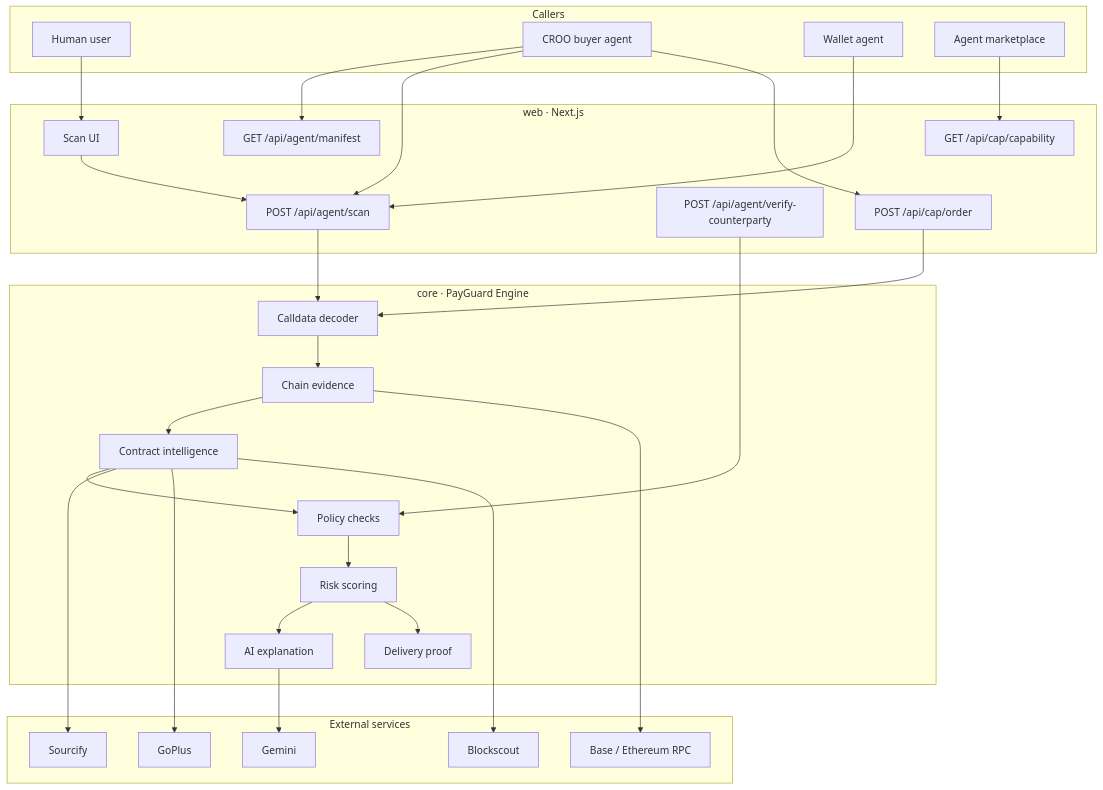
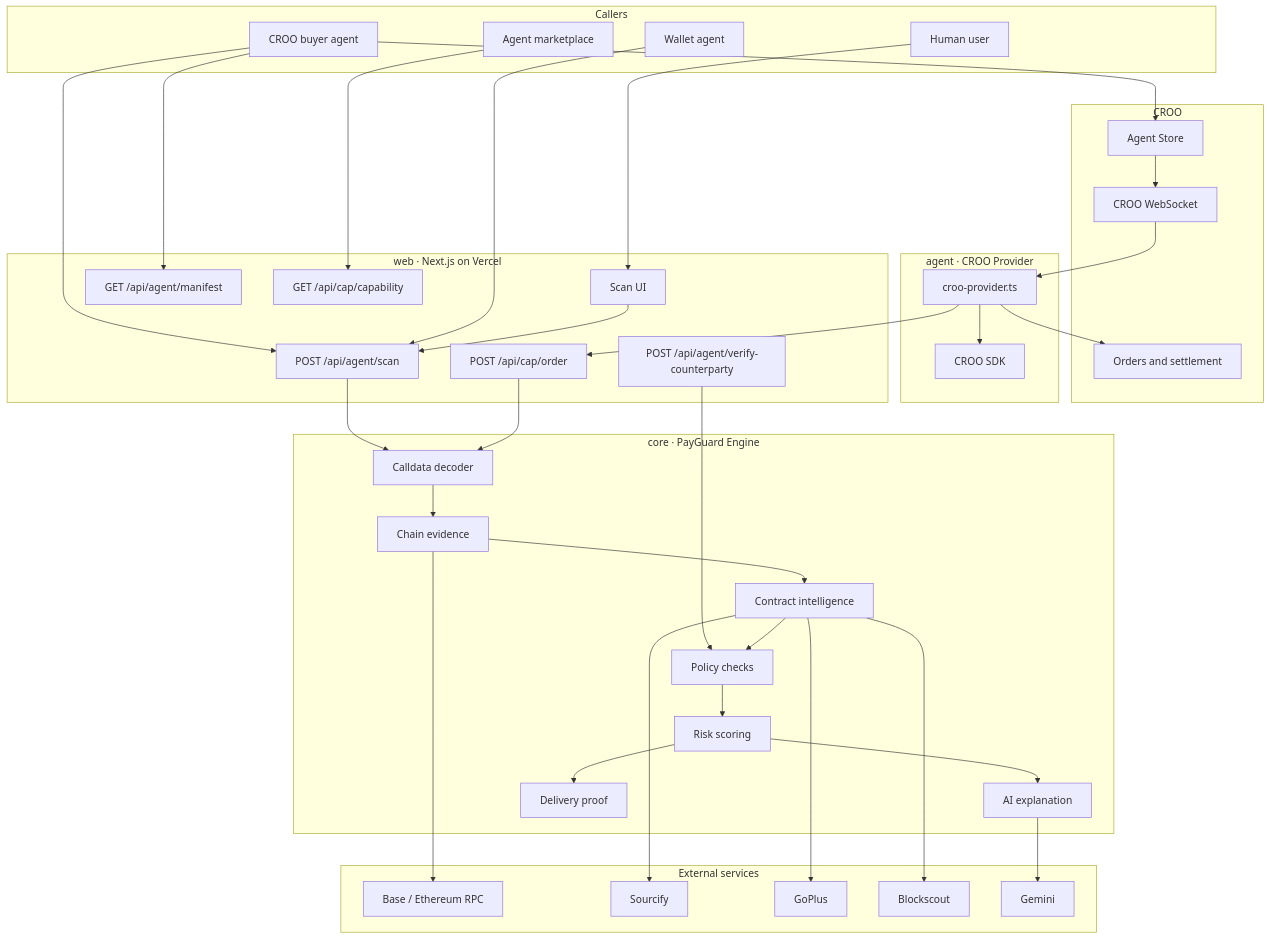
Before and after one commit to Adeel91/payguard: the diagram in README.md, drawn with Mermaid. The commit also changed other lines of this file and 3 other files, not shown here.

Commit message:
feat: add CROO provider integration

````diff
--- a/README.md
+++ b/README.md
@@ -352,61 +478,78 @@
 ```mermaid
 graph TD
     subgraph Callers["Callers"]
         HUMAN["Human user"]
         BUYER["CROO buyer agent"]
         WALLET["Wallet agent"]
         MARKET["Agent marketplace"]
     end
 
-    subgraph Web["web · Next.js"]
+    subgraph CROO["CROO"]
+        STORE["Agent Store"]
+        WS["CROO WebSocket"]
+        ORDERBOOK["Orders and settlement"]
+    end
+
+    subgraph Provider["agent · CROO Provider"]
+        WORKER["croo-provider.ts"]
+        SDK["CROO SDK"]
+    end
+
+    subgraph Web["web · Next.js on Vercel"]
         UI["Scan UI"]
         MANIFEST["GET /api/agent/manifest"]
         SCAN["POST /api/agent/scan"]
         VERIFY["POST /api/agent/verify-counterparty"]
         CAPABILITY["GET /api/cap/capability"]
         ORDER["POST /api/cap/order"]
     end
 
     subgraph Core["core · PayGuard Engine"]
         DECODER["Calldata decoder"]
         EVIDENCE["Chain evidence"]
         CONTRACT["Contract intelligence"]
         POLICY["Policy checks"]
         SCORE["Risk scoring"]
         AI["AI explanation"]
         PROOF["Delivery proof"]
     end
 
     subgraph External["External services"]
         RPC["Base / Ethereum RPC"]
         SOURCIFY["Sourcify"]
         GOPLUS["GoPlus"]
         BLOCKSCOUT["Blockscout"]
         GEMINI["Gemini"]
     end
 
     HUMAN --> UI
+    BUYER --> STORE
+    STORE --> WS
+    WS --> WORKER
+    WORKER --> SDK
+    WORKER --> ORDER
     BUYER --> MANIFEST
     BUYER --> SCAN
-    BUYER --> ORDER
     WALLET --> SCAN
     MARKET --> CAPABILITY
 
     UI --> SCAN
     SCAN --> DECODER
     ORDER --> DECODER
     VERIFY --> POLICY
 
     DECODER --> EVIDENCE
     EVIDENCE --> CONTRACT
     CONTRACT --> POLICY
     POLICY --> SCORE
     SCORE --> AI
     SCORE --> PROOF
 
     EVIDENCE --> RPC
     CONTRACT --> SOURCIFY
     CONTRACT --> GOPLUS
     CONTRACT --> BLOCKSCOUT
     AI --> GEMINI
+
+    WORKER --> ORDERBOOK
 ```
````
